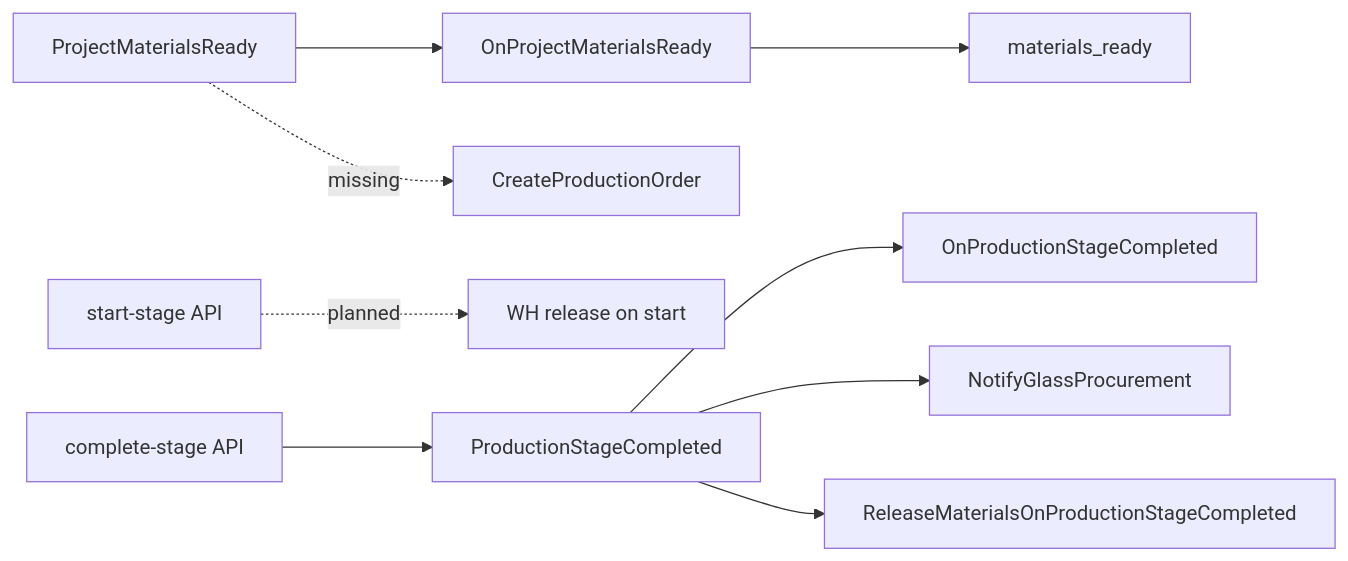
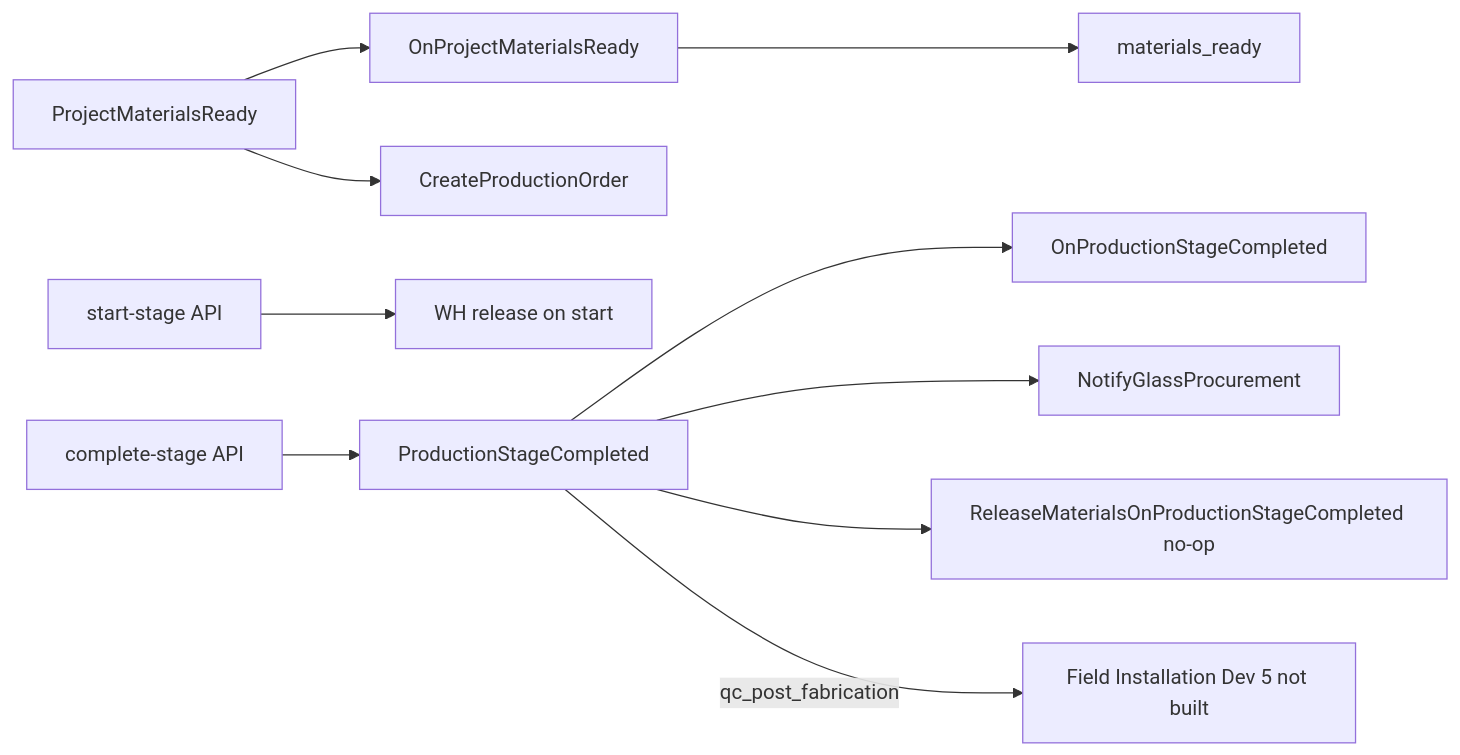
One commit to hassankirwa/BiboErm-Prod changed the first of 4 diagrams in docs/PRODUCTION.MD. Above: the diagram before and after it, drawn with Mermaid. The commit also changed other lines of this file and 22 other files, not shown here.

````diff
--- a/docs/PRODUCTION.MD
+++ b/docs/PRODUCTION.MD
@@ -75,12 +77,14 @@
 ```mermaid
 flowchart LR
     WH_Ready[ProjectMaterialsReady] --> PM_Ready[OnProjectMaterialsReady]
     PM_Ready --> PMStage[materials_ready]
-    WH_Ready -.->|missing| CreatePO[CreateProductionOrder]
+    WH_Ready --> CreatePO[CreateProductionOrder]
 
-    StartStage[start-stage API] -.->|planned| ReleaseStart[WH release on start]
+    StartStage[start-stage API] --> ReleaseStart[WH release on start]
     CompleteStage[complete-stage API] --> PSC[ProductionStageCompleted]
     PSC --> PM_Sync[OnProductionStageCompleted]
     PSC --> Glass[NotifyGlassProcurement]
-    PSC --> WH_Release[ReleaseMaterialsOnProductionStageCompleted]
+    PSC --> WH_Release[ReleaseMaterialsOnProductionStageCompleted no-op]
+
+    PSC -->|qc_post_fabrication| FieldInstall[Field Installation Dev 5 not built]
 ```
````
